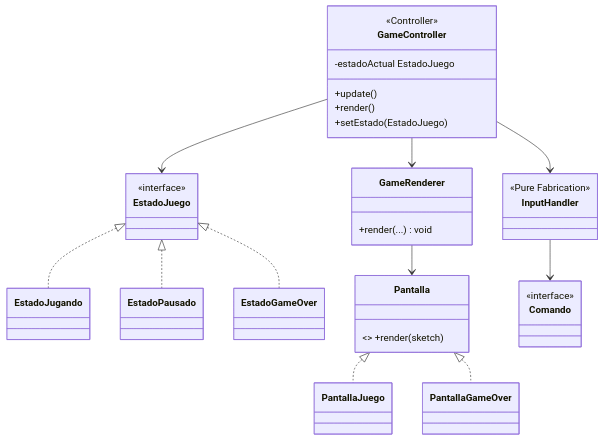
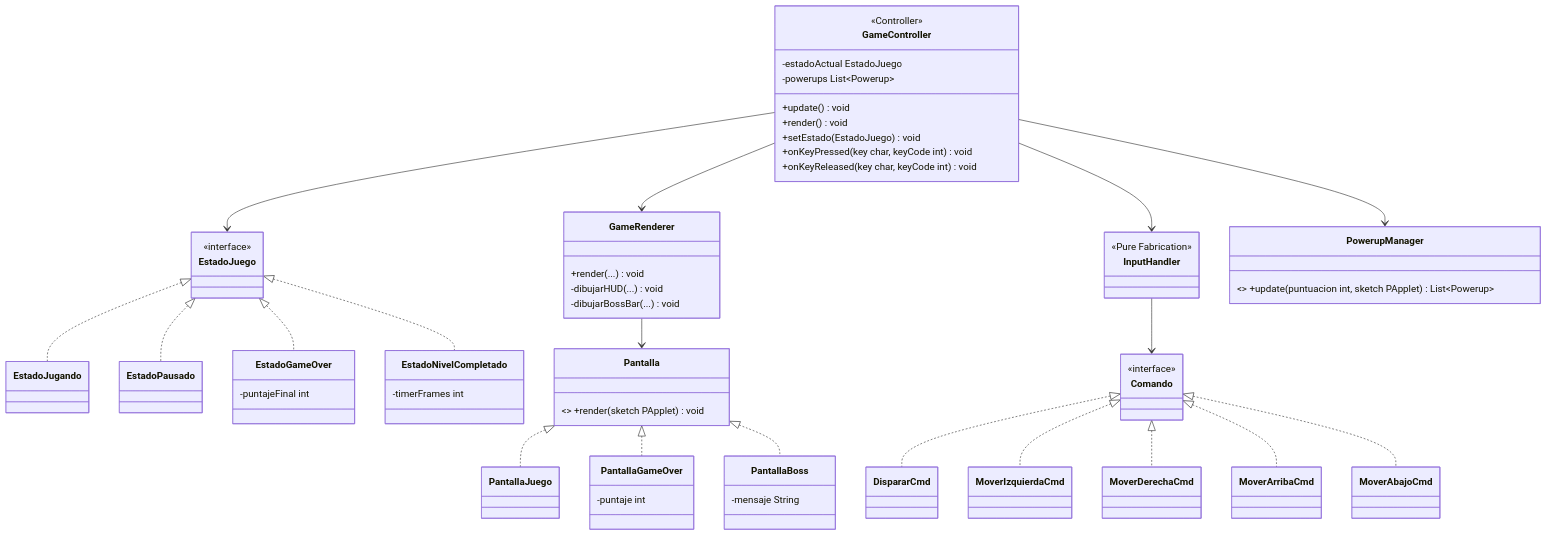
The third of 3 diagrams in docs/diseño/diagrama-clases.md (Christian-Rojas-Rodriguez/juego-1982), drawn with Mermaid before and after one commit. The commit also changed other lines of this file and 3 other files, not shown here.

````diff
--- a/docs/diseño/diagrama-clases.md
+++ b/docs/diseño/diagrama-clases.md
@@ -329,32 +596,59 @@
 ```mermaid
 classDiagram
     class GameController {
         <<Controller>>
         -estadoActual EstadoJuego
-        +update()
-        +render()
-        +setEstado(EstadoJuego)
+        -powerups List~Powerup~
+        +update() void
+        +render() void
+        +setEstado(EstadoJuego) void
+        +onKeyPressed(key char, keyCode int) void
+        +onKeyReleased(key char, keyCode int) void
     }
-    class EstadoJuego { <<interface>> }
-    class EstadoJugando
-    class EstadoPausado
-    class EstadoGameOver
 
-    class GameRenderer { +render(...) void }
-    class Pantalla     { <<interface>> +render(sketch) }
-    class PantallaJuego
-    class PantallaGameOver
-    class InputHandler { <<Pure Fabrication>> }
-    class Comando      { <<interface>> }
+    class EstadoJuego           { <<interface>> }
+    class EstadoJugando         { }
+    class EstadoPausado         { }
+    class EstadoGameOver        { -puntajeFinal int }
+    class EstadoNivelCompletado { -timerFrames int }
+
+    class GameRenderer {
+        +render(...) void
+        -dibujarHUD(...) void
+        -dibujarBossBar(...) void
+    }
+
+    class Pantalla      { <<interface>> +render(sketch PApplet) void }
+    class PantallaJuego    { }
+    class PantallaGameOver { -puntaje int }
+    class PantallaBoss     { -mensaje String }
+
+    class InputHandler  { <<Pure Fabrication>> }
+    class Comando       { <<interface>> }
+    class DispararCmd   { }
+    class MoverIzquierdaCmd { }
+    class MoverDerechaCmd   { }
+    class MoverArribaCmd    { }
+    class MoverAbajoCmd     { }
+
+    class PowerupManager { <<Pure Fabrication>> +update(puntuacion int, sketch PApplet) List~Powerup~ }
 
     GameController --> EstadoJuego
     GameController --> GameRenderer
     GameController --> InputHandler
+    GameController --> PowerupManager
     EstadoJuego <|.. EstadoJugando
     EstadoJuego <|.. EstadoPausado
     EstadoJuego <|.. EstadoGameOver
+    EstadoJuego <|.. EstadoNivelCompletado
     GameRenderer --> Pantalla
     Pantalla <|.. PantallaJuego
     Pantalla <|.. PantallaGameOver
+    Pantalla <|.. PantallaBoss
     InputHandler --> Comando
+    Comando <|.. DispararCmd
+    Comando <|.. MoverIzquierdaCmd
+    Comando <|.. MoverDerechaCmd
+    Comando <|.. MoverArribaCmd
+    Comando <|.. MoverAbajoCmd
 ```
````
